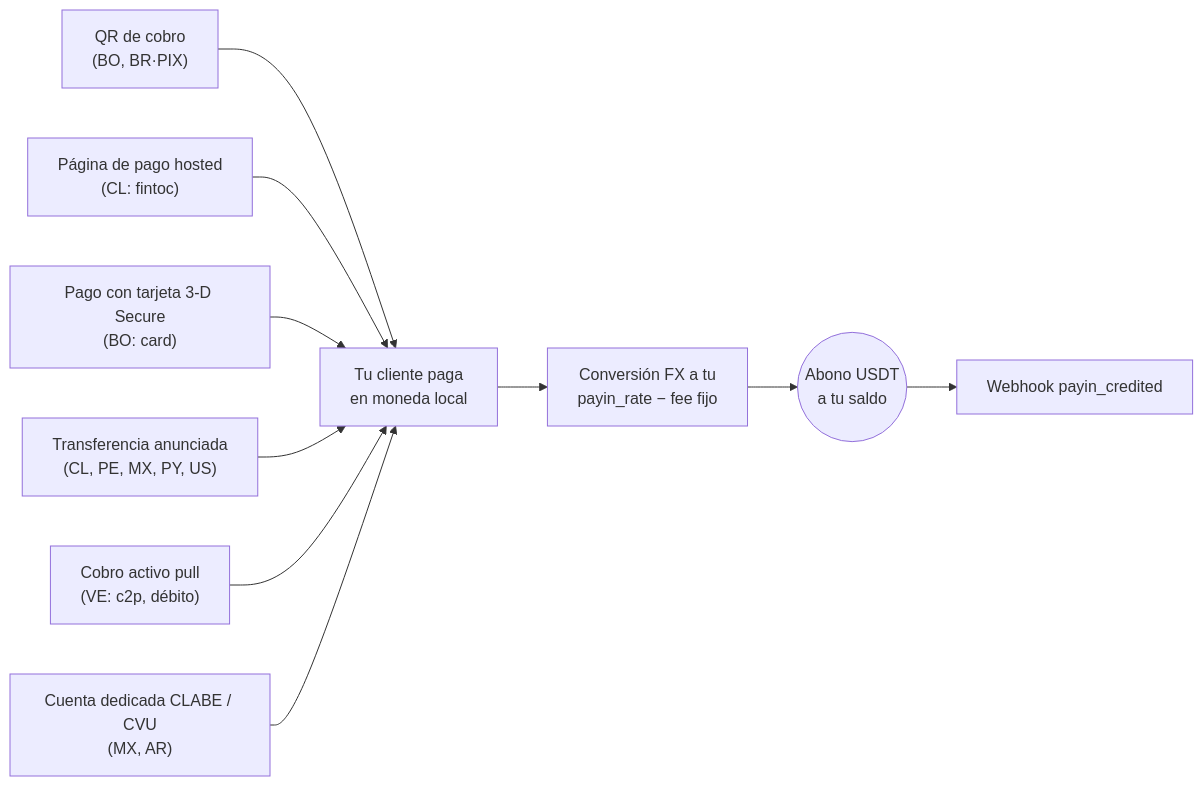
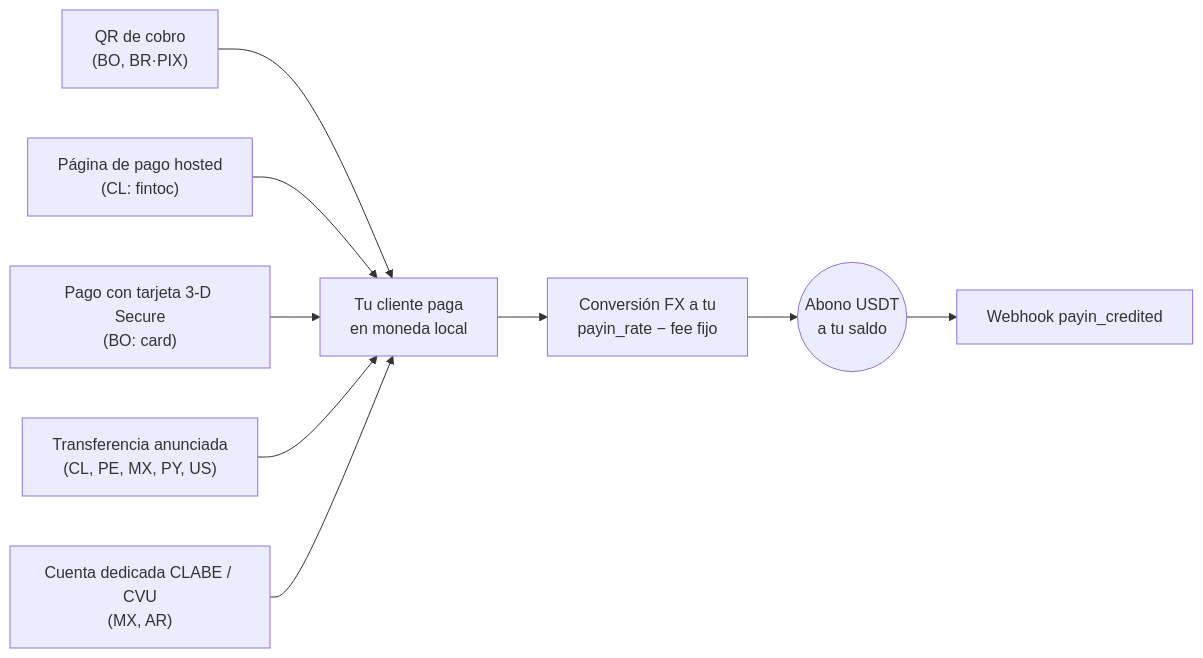
One commit to SaturoS17/docs changed the diagram in es/guias/payins.mdx. Above: the diagram before and after it, drawn with Mermaid. The commit also changed other lines of this file and 50 other files, not shown here.

````diff
--- a/es/guias/payins.mdx
+++ b/es/guias/payins.mdx
@@ -19,12 +19,11 @@
 ```mermaid
 flowchart LR
     qr["QR de cobro<br/>(BO, BR·PIX)"] --> pago["Tu cliente paga<br/>en moneda local"]
     hosted["Página de pago hosted<br/>(CL: fintoc)"] --> pago
     card["Pago con tarjeta 3-D Secure<br/>(BO: card)"] --> pago
     anunciada["Transferencia anunciada<br/>(CL, PE, MX, PY, US)"] --> pago
-    pull["Cobro activo pull<br/>(VE: c2p, débito)"] --> pago
     clabe["Cuenta dedicada CLABE / CVU<br/>(MX, AR)"] --> pago
     pago --> conv["Conversión FX a tu<br/>payin_rate − fee fijo"]
     conv --> credito(("Abono USDT<br/>a tu saldo"))
     credito --> wh["Webhook payin_credited"]
 ```
````
